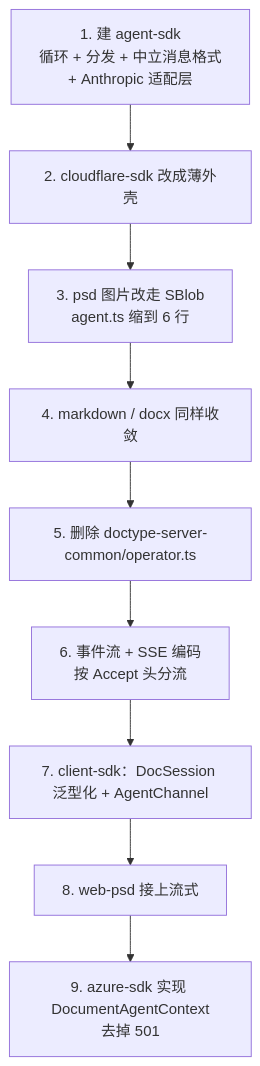
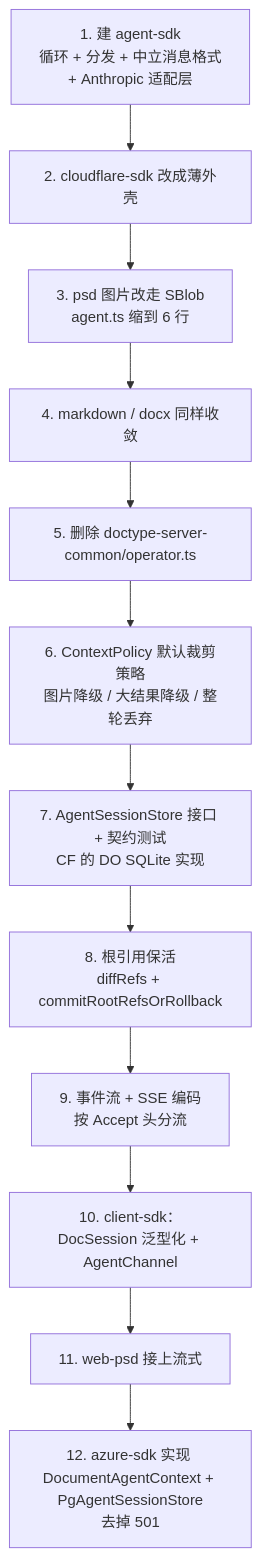
Before and after one commit to shazhou-ww/unidocs: diagram 14 of 14 in docs/superpowers/specs/2026-08-26-agent-sdk-design.md, drawn with Mermaid. The commit also changed other lines of this file, not shown here.

First line of the commit message:
docs(agent-sdk): 补第 6 章会话历史裁剪与持久化,含两个平台实现

````diff
--- a/docs/superpowers/specs/2026-08-26-agent-sdk-design.md
+++ b/docs/superpowers/specs/2026-08-26-agent-sdk-design.md
@@ -745,11 +1048,14 @@
 ```mermaid
 flowchart TB
     S1["1. 建 agent-sdk<br/>循环 + 分发 + 中立消息格式<br/>+ Anthropic 适配层"] --> S2["2. cloudflare-sdk 改成薄外壳"]
     S2 --> S3["3. psd 图片改走 SBlob<br/>agent.ts 缩到 6 行"]
     S3 --> S4["4. markdown / docx 同样收敛"]
     S4 --> S5["5. 删除 doctype-server-common/operator.ts"]
-    S5 --> S6["6. 事件流 + SSE 编码<br/>按 Accept 头分流"]
-    S6 --> S7["7. client-sdk：DocSession 泛型化 + AgentChannel"]
-    S7 --> S8["8. web-psd 接上流式"]
-    S8 --> S9["9. azure-sdk 实现 DocumentAgentContext<br/>去掉 501"]
+    S5 --> S6["6. ContextPolicy 默认裁剪策略<br/>图片降级 / 大结果降级 / 整轮丢弃"]
+    S6 --> S7["7. AgentSessionStore 接口 + 契约测试<br/>CF 的 DO SQLite 实现"]
+    S7 --> S8["8. 根引用保活<br/>diffRefs + commitRootRefsOrRollback"]
+    S8 --> S9["9. 事件流 + SSE 编码<br/>按 Accept 头分流"]
+    S9 --> S10["10. client-sdk：DocSession 泛型化 + AgentChannel"]
+    S10 --> S11["11. web-psd 接上流式"]
+    S11 --> S12["12. azure-sdk 实现 DocumentAgentContext + PgAgentSessionStore<br/>去掉 501"]
 ```
````
